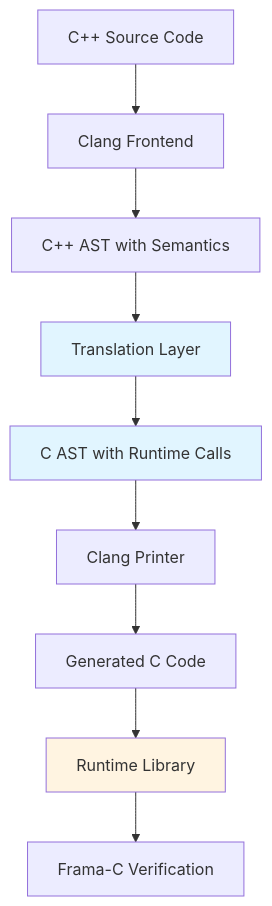
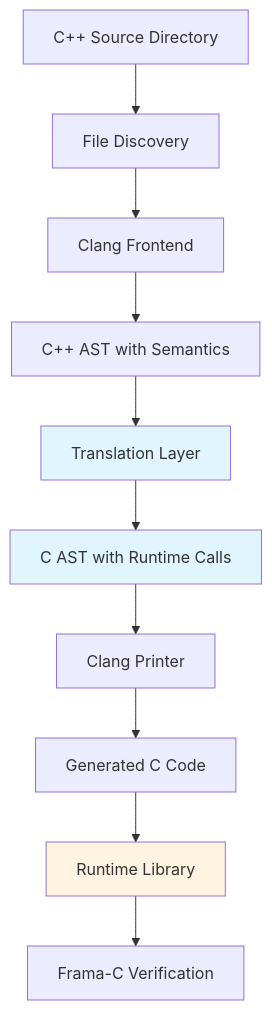
Before and after one commit to o2alexanderfedin/cpp-to-c-transpiler: the first of 15 diagrams in docs/ARCHITECTURE.md, drawn with Mermaid. The commit also changed other lines of this file and 6 other files, not shown here.

First line of the commit message:
feat(phase-32): Fix critical transpiler architecture bug - route to C AST

````diff
--- a/docs/ARCHITECTURE.md
+++ b/docs/ARCHITECTURE.md
@@ -62,15 +74,16 @@
 ```mermaid
 graph TD
-    A[C++ Source Code] --> B[Clang Frontend]
-    B --> C[C++ AST with Semantics]
-    C --> D[Translation Layer]
-    D --> E[C AST with Runtime Calls]
-    E --> F[Clang Printer]
-    F --> G[Generated C Code]
-    G --> H[Runtime Library]
-    H --> I[Frama-C Verification]
+    A[C++ Source Directory] --> B[File Discovery]
+    B --> C[Clang Frontend]
+    C --> D[C++ AST with Semantics]
+    D --> E[Translation Layer]
+    E --> F[C AST with Runtime Calls]
+    F --> G[Clang Printer]
+    G --> H[Generated C Code]
+    H --> I[Runtime Library]
+    I --> J[Frama-C Verification]
 
-    style D fill:#e1f5ff
     style E fill:#e1f5ff
-    style H fill:#fff4e1
+    style F fill:#e1f5ff
+    style I fill:#fff4e1
 ```
````
